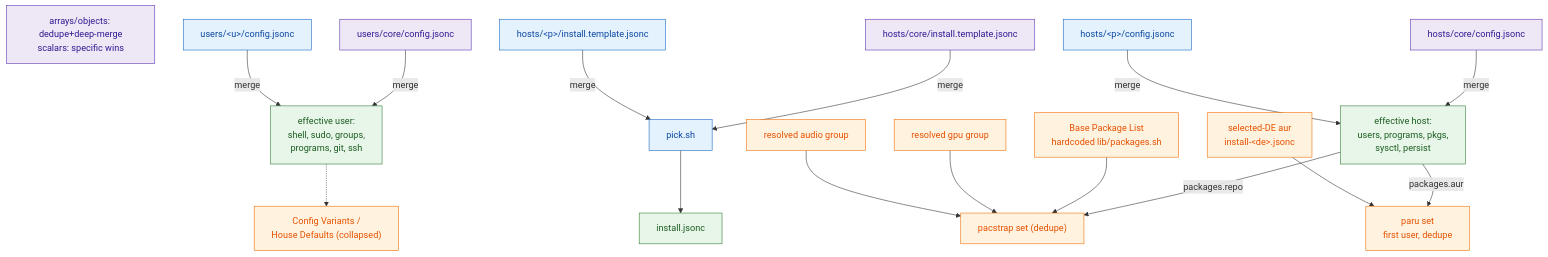
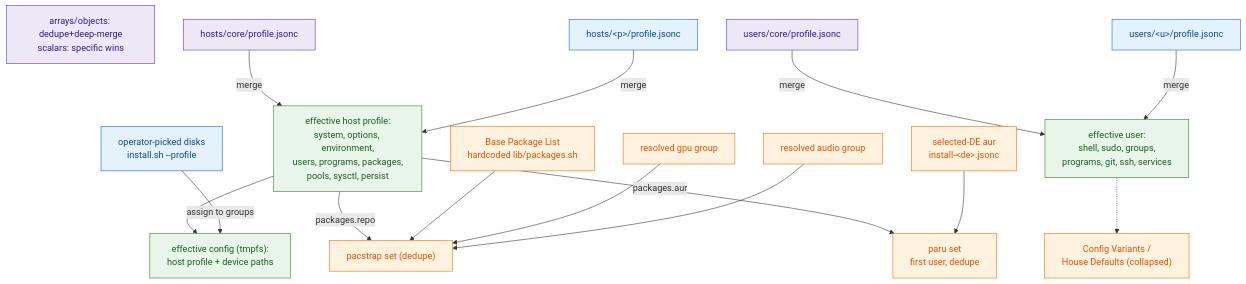
Before and after one commit to Aquastias/Arch-Dotfiles: the third of 4 diagrams in .os/ARCHITECTURE.md, drawn with Mermaid. The commit also changed other lines of this file and 2 other files, not shown here.

Commit message:
docs(profile): Rewrite ARCHITECTURE diagrams + CONTEXT glossary (ADR 0036)

````diff
--- a/.os/ARCHITECTURE.md
+++ b/.os/ARCHITECTURE.md
@@ -217,46 +222,43 @@
 ```mermaid
 flowchart TD
   classDef core fill:#ede7f6,stroke:#5e35b1,color:#311b92
   classDef spec fill:#e3f2fd,stroke:#1565c0,color:#0d47a1
   classDef eff fill:#e8f5e9,stroke:#2e7d32,color:#1b5e20
   classDef set fill:#fff3e0,stroke:#ef6c00,color:#e65100
 
   R["arrays/objects: dedupe+deep-merge<br/>scalars: specific wins"]:::core
 
-  HC["hosts/core/config.jsonc"]:::core
-  HS["hosts/&lt;p&gt;/config.jsonc"]:::spec
-  HE["effective host:<br/>users, programs, pkgs,<br/>sysctl, persist"]:::eff
+  HC["hosts/core/profile.jsonc"]:::core
+  HS["hosts/&lt;p&gt;/profile.jsonc"]:::spec
+  HE["effective host profile:<br/>system, options, environment,<br/>users, programs, packages,<br/>pools, sysctl, persist"]:::eff
   HC-->|merge|HE
   HS-->|merge|HE
 
-  UC["users/core/config.jsonc"]:::core
-  US["users/&lt;u&gt;/config.jsonc"]:::spec
-  UE["effective user:<br/>shell, sudo, groups,<br/>programs, git, ssh"]:::eff
+  DISKS["operator-picked disks<br/>install.sh --profile"]:::spec
+  EC["effective config (tmpfs):<br/>host profile + device paths"]:::eff
+  HE-->EC
+  DISKS-->|assign to groups|EC
+
+  UC["users/core/profile.jsonc"]:::core
+  US["users/&lt;u&gt;/profile.jsonc"]:::spec
+  UE["effective user:<br/>shell, sudo, groups,<br/>programs, git, ssh, services"]:::eff
   UC-->|merge|UE
   US-->|merge|UE
-
-  TC["hosts/core/install.template.jsonc"]:::core
-  TS["hosts/&lt;p&gt;/install.template.jsonc"]:::spec
-  TP["pick.sh"]:::spec
-  TE["install.jsonc"]:::eff
-  TC-->|merge|TP
-  TS-->|merge|TP
-  TP-->TE
 
   BASE["Base Package List<br/>hardcoded lib/packages.sh"]:::set
   GPU["resolved gpu group"]:::set
   AUD["resolved audio group"]:::set
   PAC["pacstrap set (dedupe)"]:::set
   HE-->|packages.repo|PAC
   BASE-->PAC
   GPU-->PAC
   AUD-->PAC
 
   DEAUR["selected-DE aur<br/>install-&lt;de&gt;.jsonc"]:::set
   PARU["paru set<br/>first user, dedupe"]:::set
   HE-->|packages.aur|PARU
   DEAUR-->PARU
 
   VAR["Config Variants /<br/>House Defaults (collapsed)"]:::set
   UE-.->VAR
 ```
````
